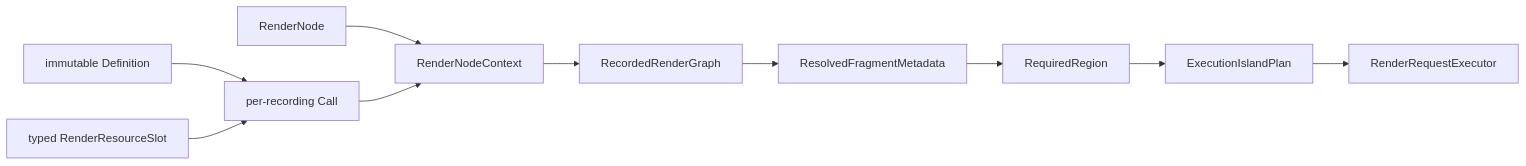
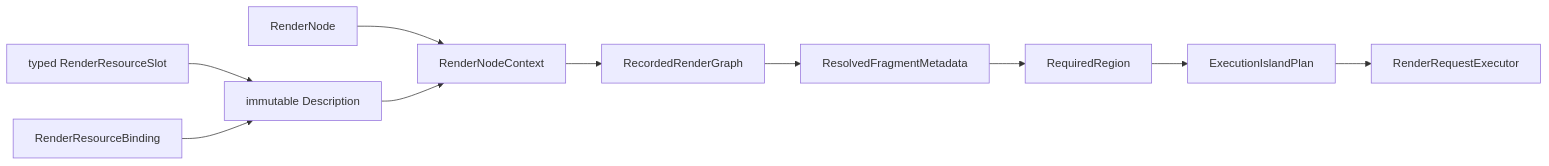
The diagram in docs/specs/004-gpu-pass-fusion/data-model.md (b-editor/beutl), drawn with Mermaid before and after one commit. The commit also changed other lines of this file and 7 other files, not shown here.

````diff
--- a/docs/specs/004-gpu-pass-fusion/data-model.md
+++ b/docs/specs/004-gpu-pass-fusion/data-model.md
@@ -5,12 +5,12 @@
 ```mermaid
 flowchart LR
     N[RenderNode] --> C[RenderNodeContext]
     C --> G[RecordedRenderGraph]
-    D[immutable Definition] --> K[per-recording Call]
-    S[typed RenderResourceSlot] --> K
-    K --> C
+    S[typed RenderResourceSlot] --> D[immutable Description]
+    B[RenderResourceBinding] --> D
+    D --> C
     G --> M[ResolvedFragmentMetadata]
     M --> R[RequiredRegion]
     R --> P[ExecutionIslandPlan]
     P --> E[RenderRequestExecutor]
 ```
````
